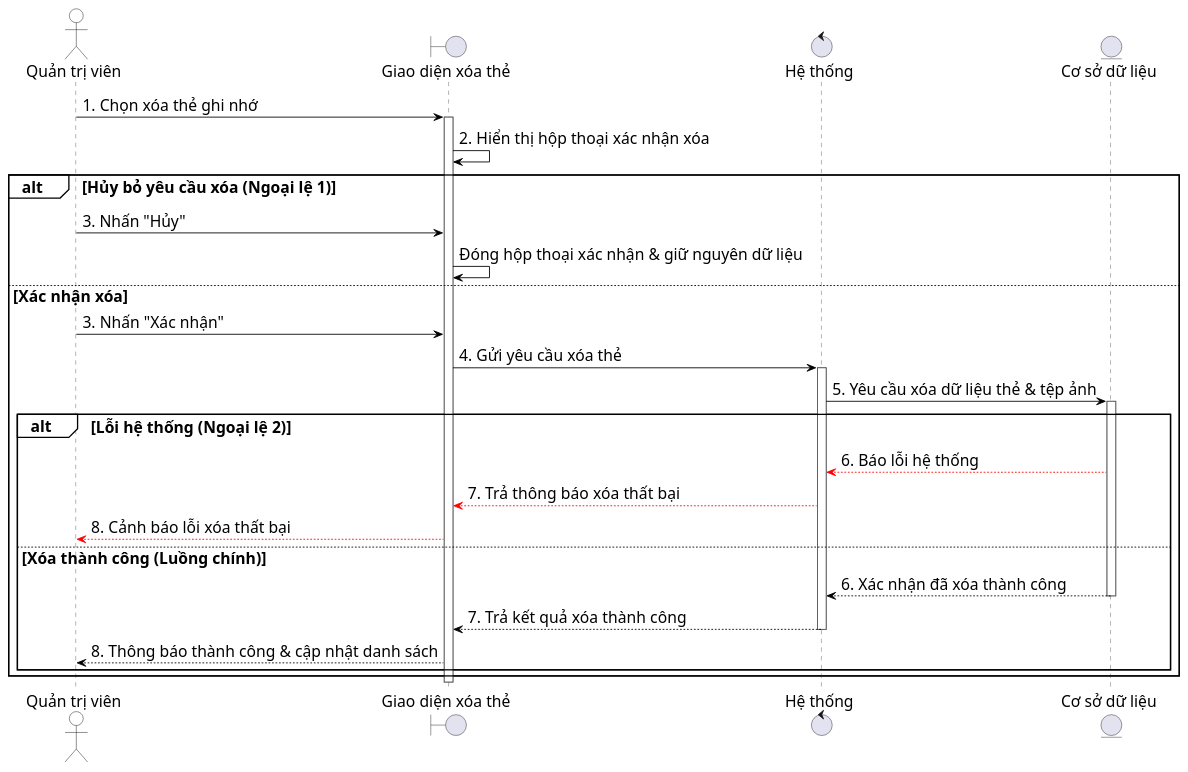
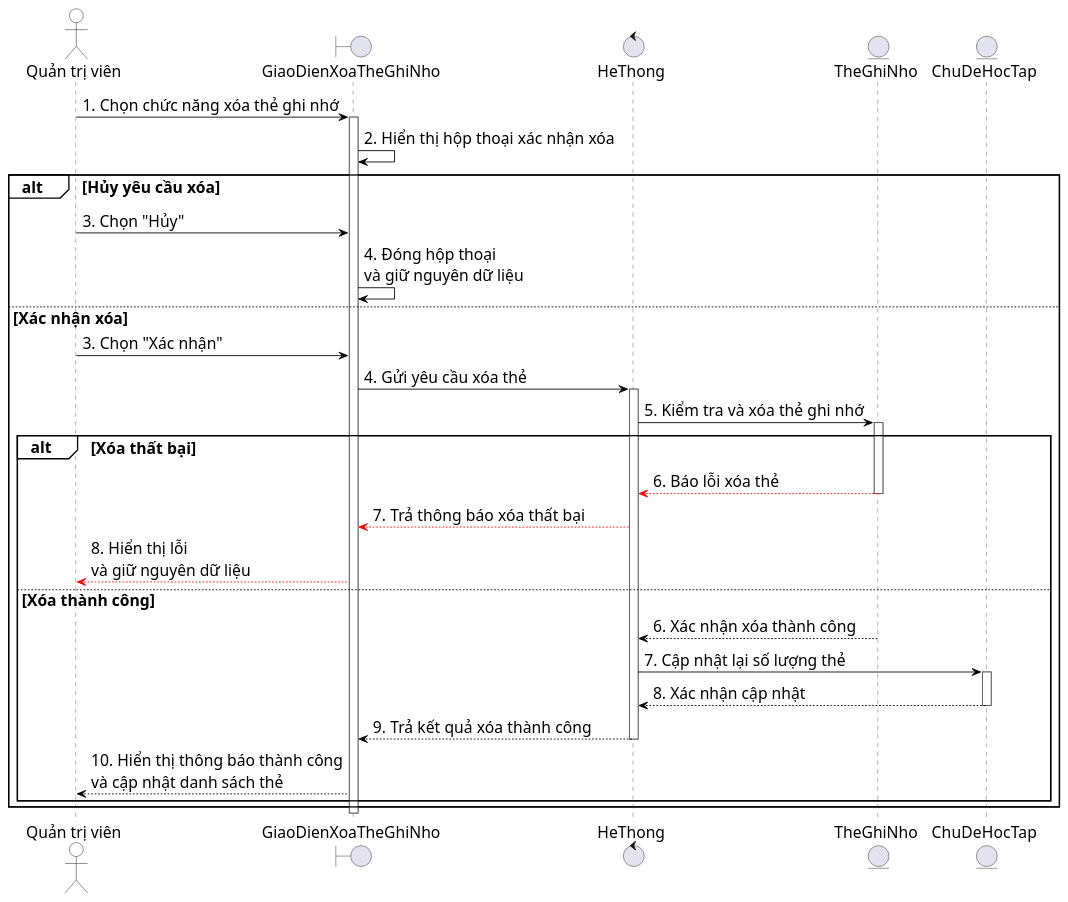
One commit to mitiie/KidX changed the diagram in docs/SD/sequence_diagram_delete_flashcard.puml. Above: the diagram before and after it, drawn with PlantUML. The commit also changed 22 other files, not shown here.

```diff
--- a/docs/SD/sequence_diagram_delete_flashcard.puml
+++ b/docs/SD/sequence_diagram_delete_flashcard.puml
@@ -1,57 +1,95 @@
 @startuml SD_XoaTheGhiNho
+
 skinparam defaultFontName Arial
 skinparam defaultFontSize 18
 skinparam shadowing false
 
 skinparam sequence {
   ParticipantBorderColor Black
   ParticipantBackgroundColor White
   ActorBorderColor Black
   ActorBackgroundColor White
   LifeLineBorderColor #555555
   LifeLineBackgroundColor White
   ArrowColor Black
   GroupBorderColor Black
   GroupBackgroundColor White
   ActivationBorderColor Black
   ActivationBackgroundColor #EEEEEE
 }
 
 actor "Quản trị viên" as Admin
-boundary "Giao diện xóa thẻ" as UI
-control "Hệ thống" as Controller
-entity "Cơ sở dữ liệu" as CSDL
+boundary "GiaoDienXoaTheGhiNho" as UI
+control "HeThong" as Controller
+entity "TheGhiNho" as TheGhiNho
+entity "ChuDeHocTap" as ChuDeHocTap
 
-Admin -> UI : 1. Chọn xóa thẻ ghi nhớ
+
+Admin -> UI : 1. Chọn chức năng xóa thẻ ghi nhớ
 activate UI
 
 UI -> UI : 2. Hiển thị hộp thoại xác nhận xóa
 
-alt Hủy bỏ yêu cầu xóa (Ngoại lệ 1)
-  Admin -> UI : 3. Nhấn "Hủy"
-  UI -> UI : Đóng hộp thoại xác nhận & giữ nguyên dữ liệu
+
+alt Hủy yêu cầu xóa
+
+    Admin -> UI : 3. Chọn "Hủy"
+
+    UI -> UI : 4. Đóng hộp thoại\nvà giữ nguyên dữ liệu
+
 
 else Xác nhận xóa
-  Admin -> UI : 3. Nhấn "Xác nhận"
-  UI -> Controller : 4. Gửi yêu cầu xóa thẻ
-  activate Controller
 
-  Controller -> CSDL : 5. Yêu cầu xóa dữ liệu thẻ & tệp ảnh
-  activate CSDL
-  
-  alt Lỗi hệ thống (Ngoại lệ 2)
-    CSDL --[#red]> Controller : 6. Báo lỗi hệ thống
-    Controller --[#red]> UI : 7. Trả thông báo xóa thất bại
-    UI --[#red]> Admin : 8. Cảnh báo lỗi xóa thất bại
-    
-  else Xóa thành công (Luồng chính)
-    CSDL --> Controller : 6. Xác nhận đã xóa thành công
-    deactivate CSDL
-    Controller --> UI : 7. Trả kết quả xóa thành công
-    deactivate Controller
-    UI --> Admin : 8. Thông báo thành công & cập nhật danh sách
-  end
+    Admin -> UI : 3. Chọn "Xác nhận"
+
+    UI -> Controller : 4. Gửi yêu cầu xóa thẻ
+    activate Controller
+
+
+    Controller -> TheGhiNho : 5. Kiểm tra và xóa thẻ ghi nhớ
+    activate TheGhiNho
+
+
+    alt Xóa thất bại
+
+        TheGhiNho --[#red]> Controller : 6. Báo lỗi xóa thẻ
+
+        deactivate TheGhiNho
+
+        Controller --[#red]> UI : 7. Trả thông báo xóa thất bại
+
+        UI --[#red]> Admin : 8. Hiển thị lỗi\nvà giữ nguyên dữ liệu
+
+
+    else Xóa thành công
+
+        TheGhiNho --> Controller : 6. Xác nhận xóa thành công
+
+        deactivate TheGhiNho
+
+
+        Controller -> ChuDeHocTap : 7. Cập nhật lại số lượng thẻ
+
+        activate ChuDeHocTap
+
+
+        ChuDeHocTap --> Controller : 8. Xác nhận cập nhật
+
+        deactivate ChuDeHocTap
+
+
+        Controller --> UI : 9. Trả kết quả xóa thành công
+
+        deactivate Controller
+
+
+        UI --> Admin : 10. Hiển thị thông báo thành công\nvà cập nhật danh sách thẻ
+
+    end
+
 end
 
+
 deactivate UI
+
 @enduml
```
